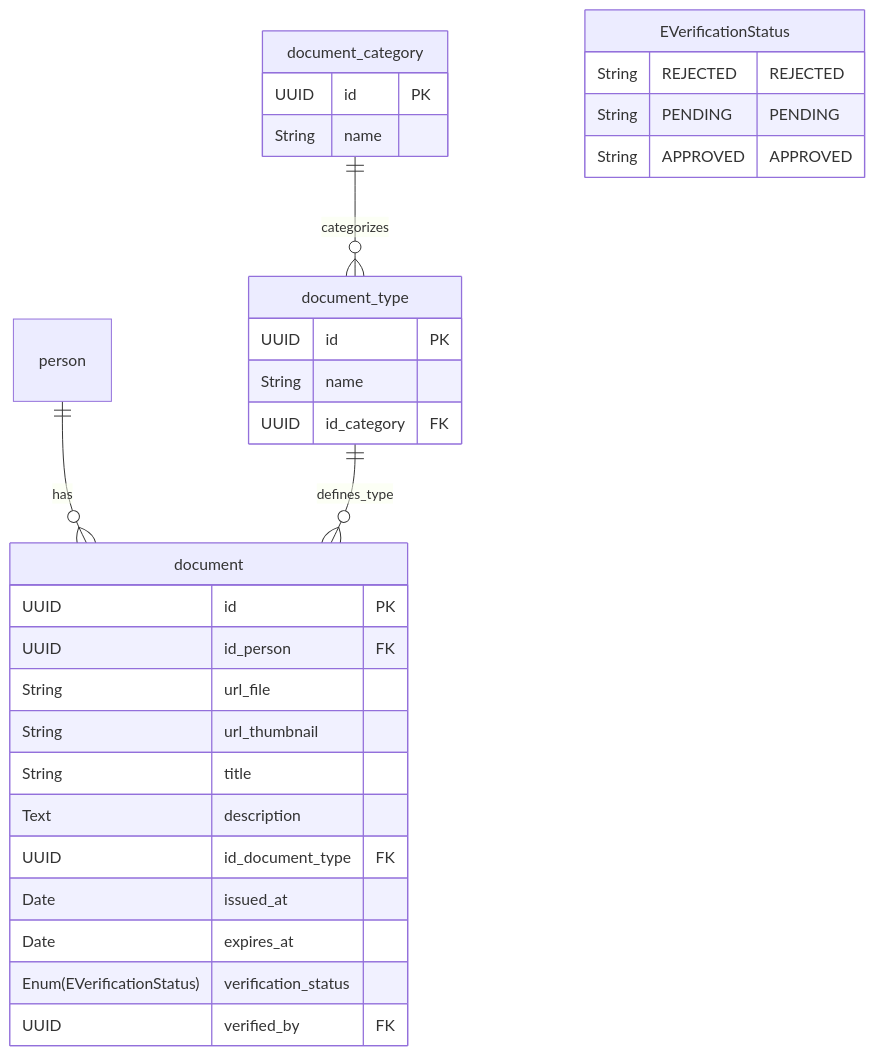
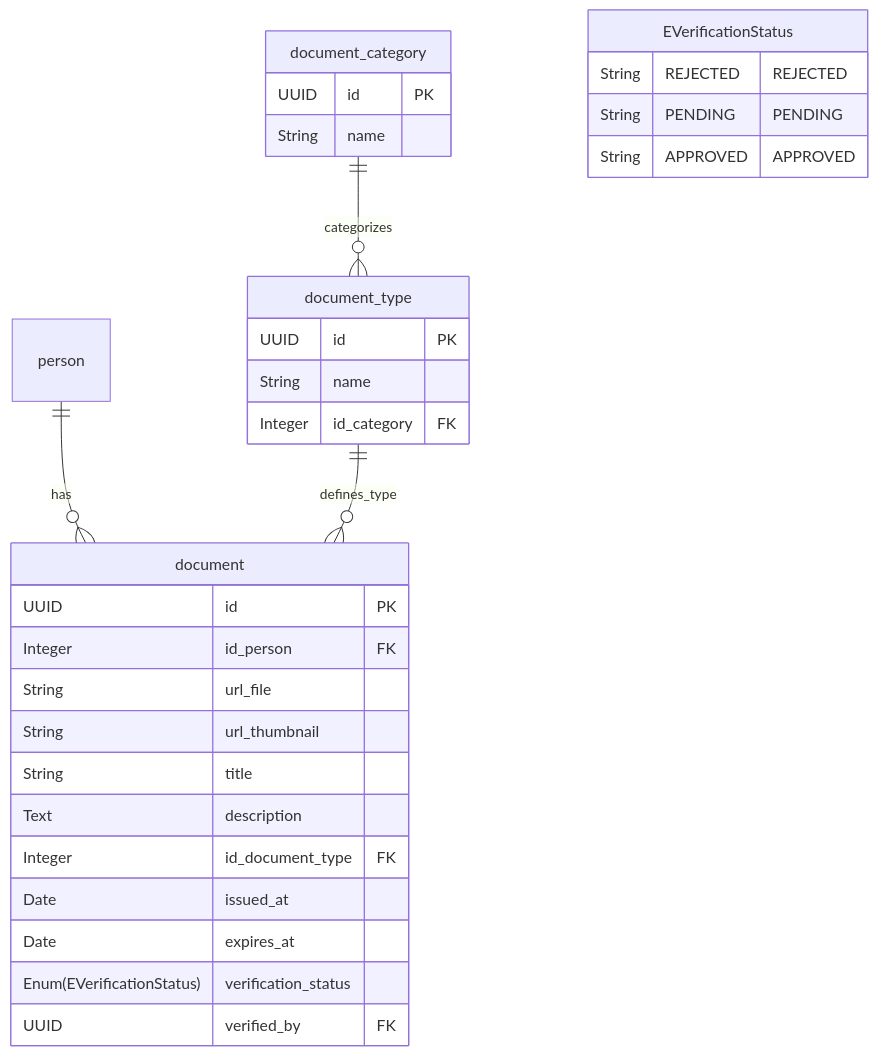
One commit to m4ck-y/dh_docs changed the diagram in db/postgres/expedient/erd.mmd. Above: the diagram before and after it, drawn with Mermaid. The commit also changed 17 other files, not shown here.

```diff
--- a/db/postgres/expedient/erd.mmd
+++ b/db/postgres/expedient/erd.mmd
@@ -1,52 +1,52 @@
 erDiagram
     %% EXPEDIENT SCHEMA
     %% Catalogo de documentos e identificadores
 
     %% REFERENCIAS EXTERNAS
     %% person: definida en schema people
 
     %% RELACIONES
     person ||--o{ document : "has"
     document_category ||--o{ document_type : "categorizes"
     document_type ||--o{ document : "defines_type"
 
     %% ENUMS
     %% EVerificationStatus: estado de verificacion (REJECTED, PENDING, APPROVED)
     EVerificationStatus {
         String REJECTED "REJECTED"
         String PENDING "PENDING"
         String APPROVED "APPROVED"
     }
 
     %% ENTIDADES
     %% document: documentos de identificacion y archivos
     %% verification_status: estado de verificacion del documento
     %% verified_by: usuario que verifico (FK a user o null)
     document {
         UUID id PK
-        UUID id_person FK
+        Integer id_person FK
         String url_file
         String url_thumbnail
         String title
         Text description
-        UUID id_document_type FK
+        Integer id_document_type FK
         Date issued_at
         Date expires_at
         Enum(EVerificationStatus) verification_status
         UUID verified_by FK
     }
 
     %% document_type: catalogo de tipos de documento
     %% id_category: categoria del tipo (FK a document_category)
     document_type {
         UUID id PK
         String name
-        UUID id_category FK
+        Integer id_category FK
     }
 
     %% document_category: categorias de documentos
     %% Ejemplo: Identificacion, Educacion, Medico, Laboral, Fiscal
     document_category {
         UUID id PK
         String name
     }
```
